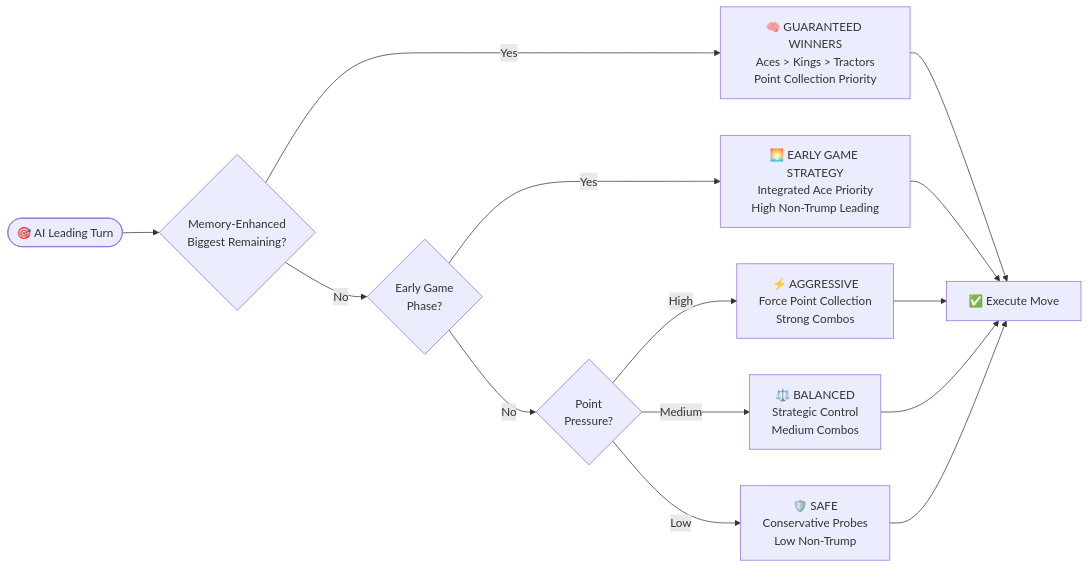
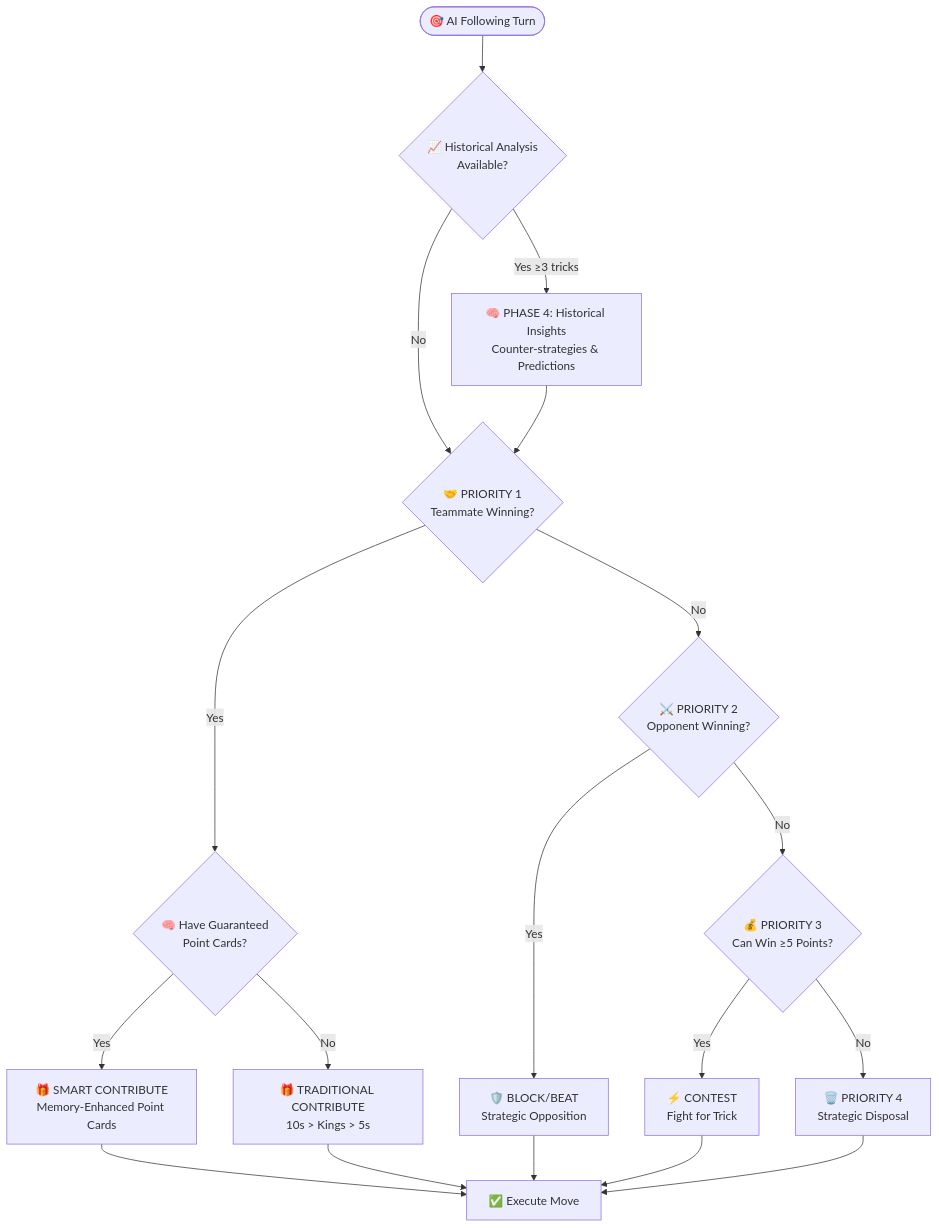
Before and after one commit to ejfn/Tractor: the first of 5 diagrams in docs/AI_SYSTEM.md, drawn with Mermaid. The commit also changed other lines of this file and 2 other files, not shown here.

````diff
--- a/docs/AI_SYSTEM.md
+++ b/docs/AI_SYSTEM.md
@@ -39,17 +44,23 @@
 ```mermaid
-flowchart LR
-    Start([🎯 AI Leading Turn]) --> Memory{Memory-Enhanced<br/>Biggest Remaining?}
-    Memory -->|Yes| Guaranteed[🧠 GUARANTEED WINNERS<br/>Aces > Kings > Tractors<br/>Point Collection Priority]
-    Memory -->|No| Early{Early Game<br/>Phase?}
-    Early -->|Yes| EarlyGame[🌅 EARLY GAME STRATEGY<br/>Integrated Ace Priority<br/>High Non-Trump Leading]
-    Early -->|No| Pressure{Point<br/>Pressure?}
-    Pressure -->|High| Aggressive[⚡ AGGRESSIVE<br/>Force Point Collection<br/>Strong Combos]
-    Pressure -->|Medium| Balanced[⚖️ BALANCED<br/>Strategic Control<br/>Medium Combos]
-    Pressure -->|Low| Safe[🛡️ SAFE<br/>Conservative Probes<br/>Low Non-Trump]
+flowchart TD
+    Start([🎯 AI Following Turn]) --> Historical{📈 Historical Analysis<br/>Available?}
+    Historical -->|Yes ≥3 tricks| Phase4[🧠 PHASE 4: Historical Insights<br/>Counter-strategies & Predictions]
+    Historical -->|No| P1{🤝 PRIORITY 1<br/>Teammate Winning?}
     
-    Guaranteed --> Execute[✅ Execute Move]
-    EarlyGame --> Execute
-    Aggressive --> Execute
-    Balanced --> Execute
-    Safe --> Execute
+    Phase4 --> P1
+    P1 -->|Yes| Memory{🧠 Have Guaranteed<br/>Point Cards?}
+    Memory -->|Yes| SmartContribute[🎁 SMART CONTRIBUTE<br/>Memory-Enhanced Point Cards]
+    Memory -->|No| Contribute[🎁 TRADITIONAL CONTRIBUTE<br/>10s > Kings > 5s]
+    
+    P1 -->|No| P2{⚔️ PRIORITY 2<br/>Opponent Winning?}
+    P2 -->|Yes| Block[🛡️ BLOCK/BEAT<br/>Strategic Opposition]
+    P2 -->|No| P3{💰 PRIORITY 3<br/>Can Win ≥5 Points?}
+    P3 -->|Yes| Contest[⚡ CONTEST<br/>Fight for Trick]
+    P3 -->|No| P4[🗑️ PRIORITY 4<br/>Strategic Disposal]
+    
+    SmartContribute --> Execute[✅ Execute Move]
+    Contribute --> Execute
+    Block --> Execute
+    Contest --> Execute
+    P4 --> Execute
 ```
````
